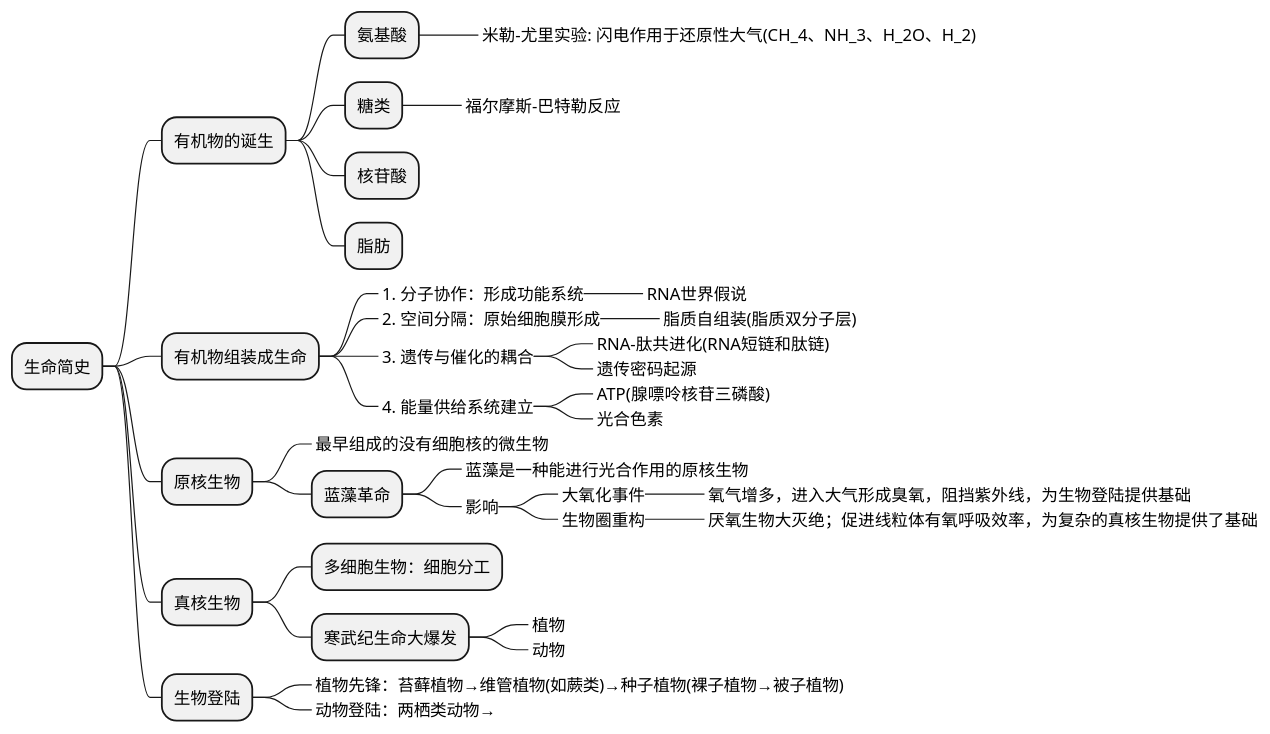
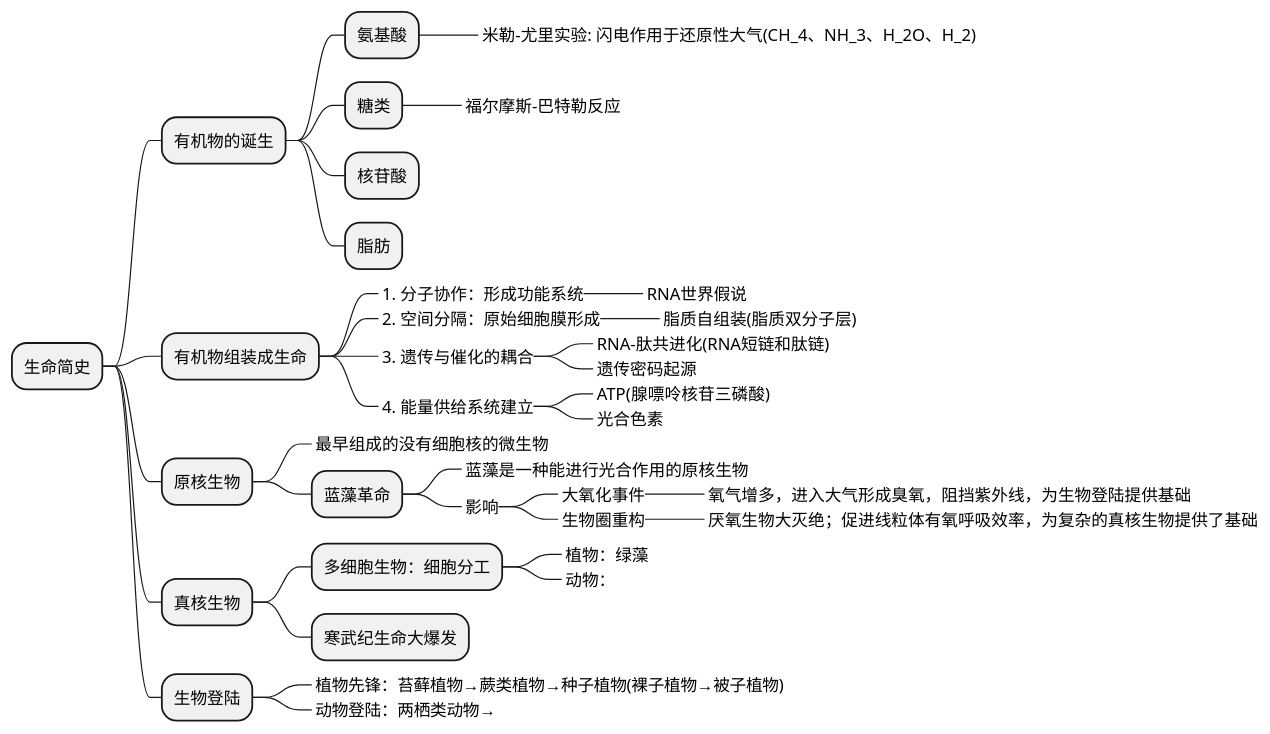
One commit to holmofy/blog.hufeifei.cn changed the diagram in source/_posts/history/life-history.md. Above: the diagram before and after it, drawn with PlantUML.

````diff
--- a/source/_posts/history/life-history.md
+++ b/source/_posts/history/life-history.md
@@ -15,40 +15,40 @@
 ```plantuml
 @startmindmap
 + 生命简史
 ++ 有机物的诞生
 +++ 氨基酸
 ++++_ 米勒-尤里实验: 闪电作用于还原性大气(CH_4、NH_3、H_2O、H_2)
 +++ 糖类
 ++++_ 福尔摩斯-巴特勒反应
 +++ 核苷酸
 +++ 脂肪
 ++ 有机物组装成生命
 +++_ 1. 分子协作：形成功能系统
 ++++_ RNA世界假说
 +++_ 2. 空间分隔：原始细胞膜形成
 ++++_ 脂质自组装(脂质双分子层)
 +++_ 3. 遗传与催化的耦合
 ++++_ RNA-肽共进化(RNA短链和肽链)
 ++++_ 遗传密码起源
 +++_ 4. 能量供给系统建立
 ++++_ ATP(腺嘌呤核苷三磷酸)
 ++++_ 光合色素
 ++ 原核生物
 +++_ 最早组成的没有细胞核的微生物
 +++ 蓝藻革命
 ++++_ 蓝藻是一种能进行光合作用的原核生物
 ++++_ 影响
 +++++_ 大氧化事件
 ++++++_ 氧气增多，进入大气形成臭氧，阻挡紫外线，为生物登陆提供基础
 +++++_ 生物圈重构
 ++++++_ 厌氧生物大灭绝；促进线粒体有氧呼吸效率，为复杂的真核生物提供了基础
 ++ 真核生物
 +++ 多细胞生物：细胞分工
+++++_ 植物：绿藻
+++++_ 动物：
 +++ 寒武纪生命大爆发
-++++_ 植物
-++++_ 动物
 ++ 生物登陆
-+++_ 植物先锋：苔藓植物→维管植物(如蕨类)→种子植物(裸子植物→被子植物)
++++_ 植物先锋：苔藓植物→蕨类植物→种子植物(裸子植物→被子植物)
 +++_ 动物登陆：两栖类动物→
 @endmindmap
 ```
````
